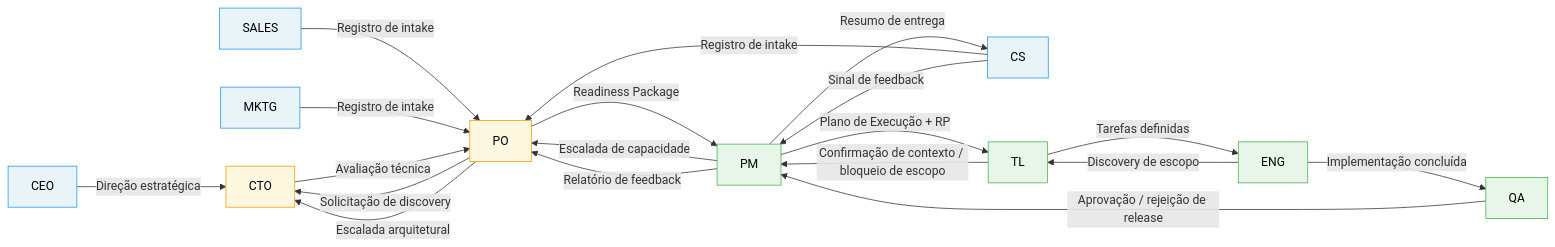
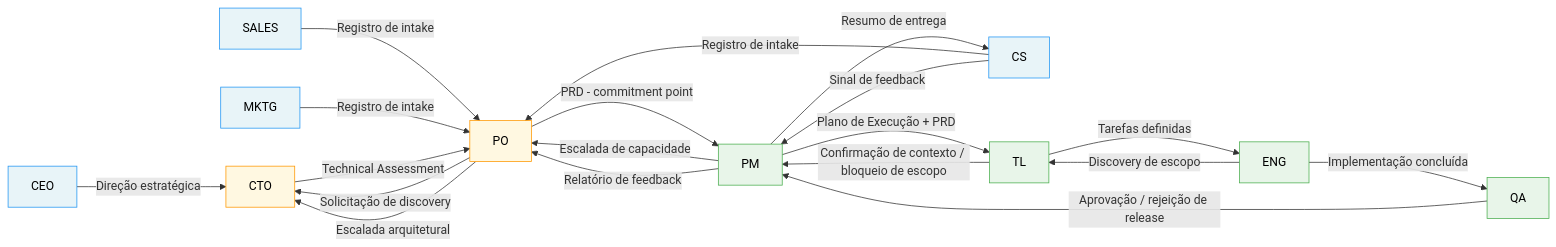
Before and after one commit to hugo-hsbtech/teamwork-process: the diagram in interactions/README.md, drawn with Mermaid. The commit also changed 15 other files, not shown here.

First line of the commit message:
docs: alinha modelo ao commitment point (RP→PRD) e separa Technical Assessment (#2)

````diff
--- a/interactions/README.md
+++ b/interactions/README.md
@@ -7,38 +7,38 @@
 ```mermaid
 flowchart LR
     CEO -->|Direção estratégica| CTO
     SALES -->|Registro de intake| PO
     MKTG -->|Registro de intake| PO
     CS -->|Registro de intake| PO
     CS -->|Sinal de feedback| PM
 
     PO -->|Solicitação de discovery| CTO
     PO -->|Escalada arquitetural| CTO
-    CTO -->|Avaliação técnica| PO
+    CTO -->|Technical Assessment| PO
 
-    PO -->|Readiness Package| PM
+    PO -->|PRD - commitment point| PM
     PM -->|Escalada de capacidade| PO
 
-    PM -->|Plano de Execução + RP| TL
+    PM -->|Plano de Execução + PRD| TL
     TL -->|Confirmação de contexto / bloqueio de escopo| PM
 
     TL -->|Tarefas definidas| ENG
     ENG -->|Discovery de escopo| TL
 
     ENG -->|Implementação concluída| QA
     QA -->|Aprovação / rejeição de release| PM
 
     PM -->|Resumo de entrega| CS
     PM -->|Relatório de feedback| PO
 
     style CEO fill:#e8f4f8,stroke:#2196F3,color:#000
     style SALES fill:#e8f4f8,stroke:#2196F3,color:#000
     style MKTG fill:#e8f4f8,stroke:#2196F3,color:#000
     style CS fill:#e8f4f8,stroke:#2196F3,color:#000
     style PO fill:#fff8e1,stroke:#FF9800,color:#000
     style CTO fill:#fff8e1,stroke:#FF9800,color:#000
     style PM fill:#e8f5e9,stroke:#4CAF50,color:#000
     style TL fill:#e8f5e9,stroke:#4CAF50,color:#000
     style ENG fill:#e8f5e9,stroke:#4CAF50,color:#000
     style QA fill:#e8f5e9,stroke:#4CAF50,color:#000
 ```
````
